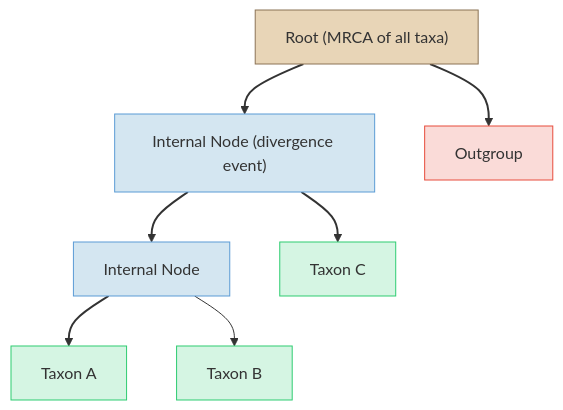
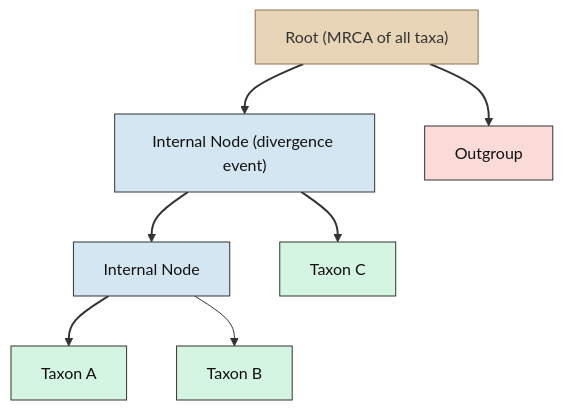
The first of 3 diagrams in docs/manuscript/unit_VI/phylogenetics.md (docxology/biology_textbook), drawn with Mermaid before and after one commit. The commit also changed other lines of this file and 444 other files, not shown here.

````diff
--- a/docs/manuscript/unit_VI/phylogenetics.md
+++ b/docs/manuscript/unit_VI/phylogenetics.md
@@ -99,23 +99,23 @@
 ```mermaid
 graph TD
     R["Root (MRCA of all taxa)"] --> N1["Internal Node (divergence event)"]
     R --> OG["Outgroup"]
     N1 --> N2["Internal Node"]
     N1 --> C["Taxon C"]
     N2 --> A["Taxon A"]
     N2 --> B["Taxon B"]
 
     style R fill:#e8d5b7,stroke:#8B7355
-    style N1 fill:#d4e6f1,stroke:#5B9BD5
-    style N2 fill:#d4e6f1,stroke:#5B9BD5
-    style A fill:#d5f5e3,stroke:#2ECC71
-    style B fill:#d5f5e3,stroke:#2ECC71
-    style C fill:#d5f5e3,stroke:#2ECC71
-    style OG fill:#fadbd8,stroke:#E74C3C
+    style N1 fill:#d4e6f1,stroke:#333333,color:#111111
+    style N2 fill:#d4e6f1,stroke:#333333,color:#111111
+    style A fill:#d5f5e3,stroke:#333333,color:#111111
+    style B fill:#d5f5e3,stroke:#333333,color:#111111
+    style C fill:#d5f5e3,stroke:#333333,color:#111111
+    style OG fill:#fadbd8,stroke:#333333,color:#111111
 
     linkStyle 0 stroke:#333,stroke-width:2px
     linkStyle 1 stroke:#333,stroke-width:2px
     linkStyle 2 stroke:#333,stroke-width:2px
     linkStyle 3 stroke:#333,stroke-width:2px
     linkStyle 4 stroke:#333,stroke-width:2px
 ```
````
